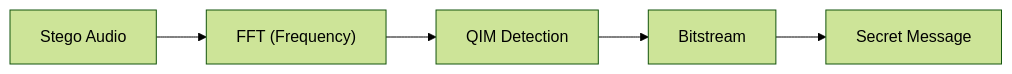
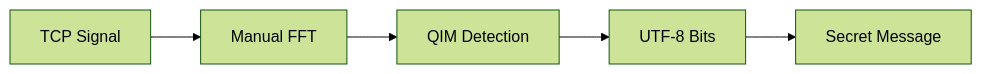
The fourth of 4 diagrams in walkthrough2.md (shrawan077/Audio-Steganography-project), drawn with Mermaid (forest theme) before and after one commit. The commit also changed other lines of this file and 3 other files, not shown here.

````diff
--- a/walkthrough2.md
+++ b/walkthrough2.md
@@ -76,7 +76,7 @@
 ```mermaid
 graph LR
-    Stego["Stego Audio"] --> FFT["FFT (Frequency)"]
+    TCP["TCP Signal"] --> FFT["Manual FFT"]
     FFT --> QIM["QIM Detection"]
-    QIM --> Bits["Bitstream"]
+    QIM --> Bits["UTF-8 Bits"]
     Bits --> Msg["Secret Message"]
 ```
````
